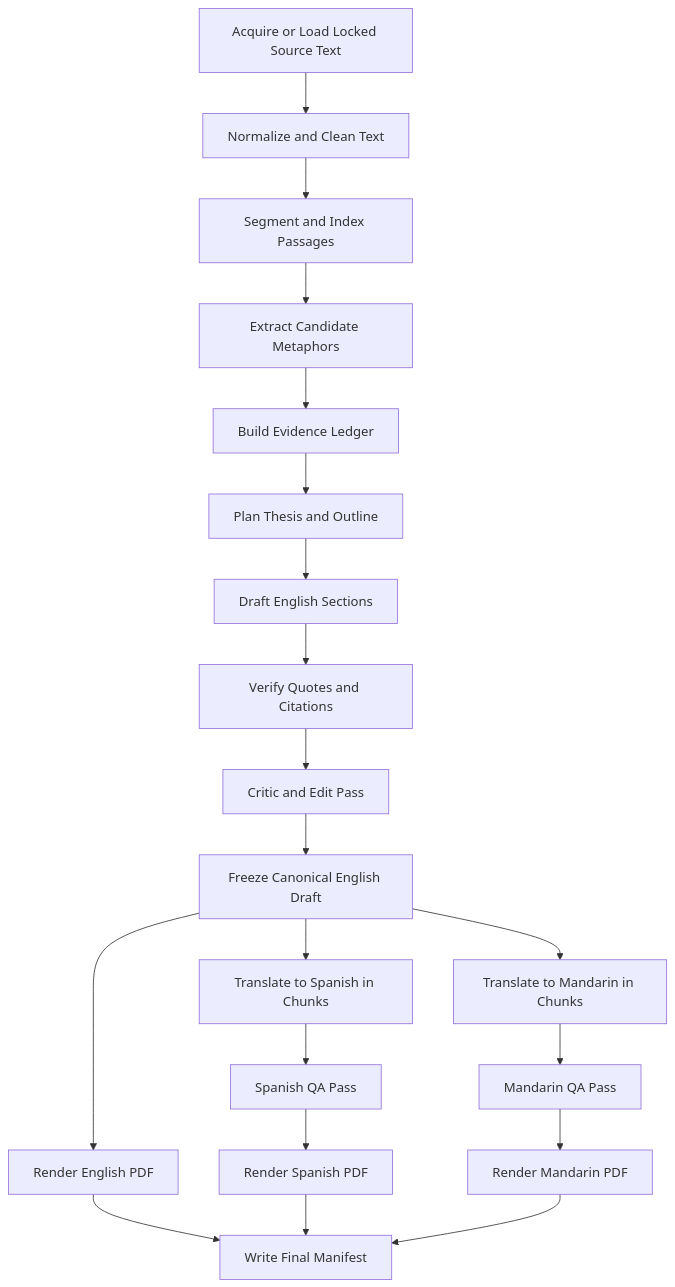
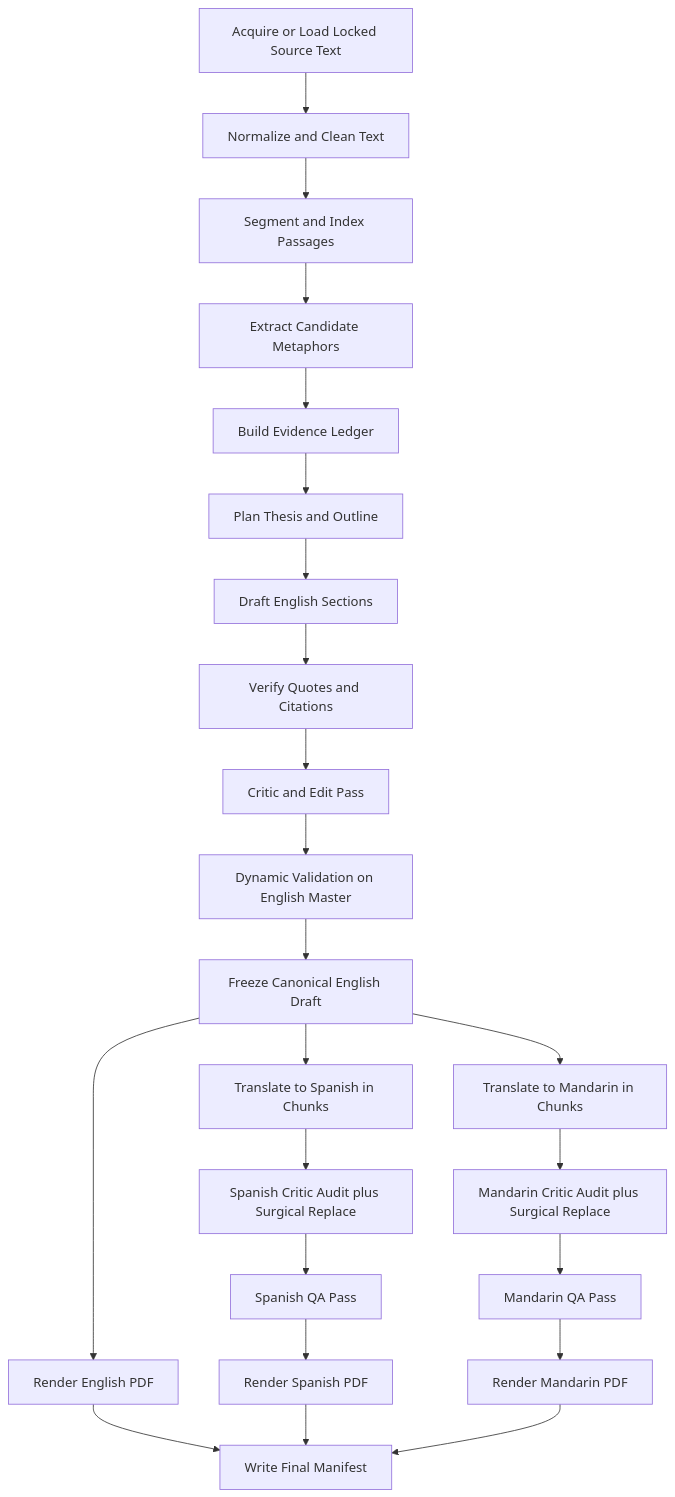
One commit to AaronNHorvitz/Agent-Gatsby changed the diagram in README.md. Above: the diagram before and after it, drawn with Mermaid. The commit also changed other lines of this file and 8 other files, not shown here.

Commit message:
feat: add bounded dynamic validation critic pass

````diff
--- a/README.md
+++ b/README.md
@@ -177,22 +178,25 @@
 ```mermaid
 flowchart TD
     A[Acquire or Load Locked Source Text] --> B[Normalize and Clean Text]
     B --> C[Segment and Index Passages]
     C --> D[Extract Candidate Metaphors]
     D --> E[Build Evidence Ledger]
     E --> F[Plan Thesis and Outline]
     F --> G[Draft English Sections]
     G --> H[Verify Quotes and Citations]
     H --> I[Critic and Edit Pass]
-    I --> J[Freeze Canonical English Draft]
-    J --> O[Render English PDF]
-    J --> K[Translate to Spanish in Chunks]
-    J --> L[Translate to Mandarin in Chunks]
-    K --> M[Spanish QA Pass]
-    L --> N[Mandarin QA Pass]
-    M --> P[Render Spanish PDF]
-    N --> Q[Render Mandarin PDF]
-    O --> R[Write Final Manifest]
-    P --> R
-    Q --> R
+    I --> J[Dynamic Validation on English Master]
+    J --> K[Freeze Canonical English Draft]
+    K --> O[Render English PDF]
+    K --> L[Translate to Spanish in Chunks]
+    K --> M[Translate to Mandarin in Chunks]
+    L --> N[Spanish Critic Audit plus Surgical Replace]
+    M --> P[Mandarin Critic Audit plus Surgical Replace]
+    N --> Q[Spanish QA Pass]
+    P --> R[Mandarin QA Pass]
+    Q --> S[Render Spanish PDF]
+    R --> T[Render Mandarin PDF]
+    O --> U[Write Final Manifest]
+    S --> U
+    T --> U
 ```
````
